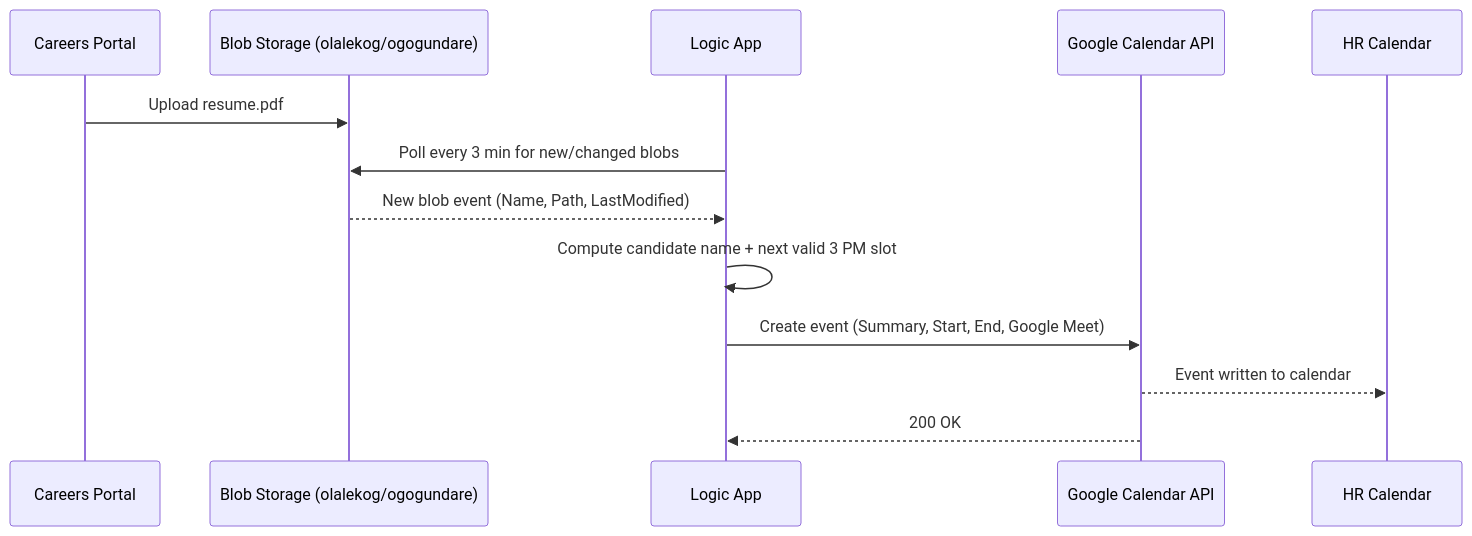
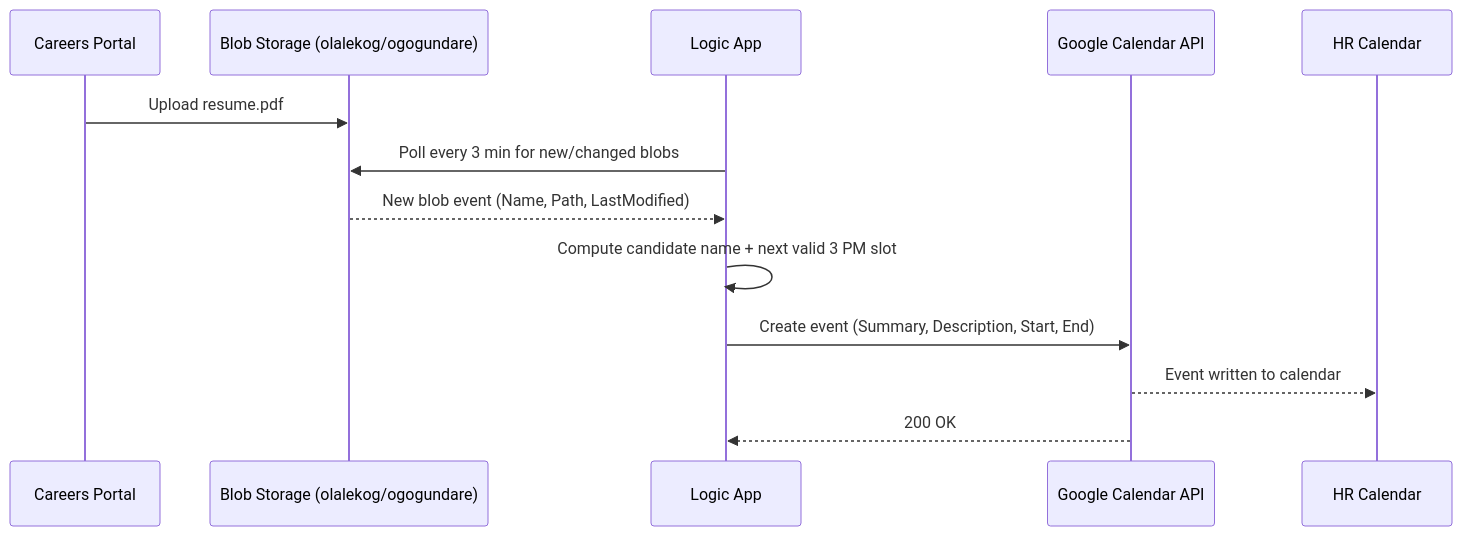
The second of 2 diagrams in Azure/logic-app-resume-interview-scheduler.md (Olalekog/learning), drawn with Mermaid before and after one commit. The commit also changed other lines of this file, not shown here.

````diff
--- a/Azure/logic-app-resume-interview-scheduler.md
+++ b/Azure/logic-app-resume-interview-scheduler.md
@@ -89,16 +90,16 @@
 ```mermaid
 sequenceDiagram
     participant Portal as Careers Portal
     participant Blob as Blob Storage (olalekog/ogogundare)
     participant LA as Logic App
     participant GCal as Google Calendar API
     participant HR as HR Calendar
 
     Portal->>Blob: Upload resume.pdf
     LA->>Blob: Poll every 3 min for new/changed blobs
     Blob-->>LA: New blob event (Name, Path, LastModified)
     LA->>LA: Compute candidate name + next valid 3 PM slot
-    LA->>GCal: Create event (Summary, Start, End, Google Meet)
+    LA->>GCal: Create event (Summary, Description, Start, End)
     GCal-->>HR: Event written to calendar
     GCal-->>LA: 200 OK
 ```
````
